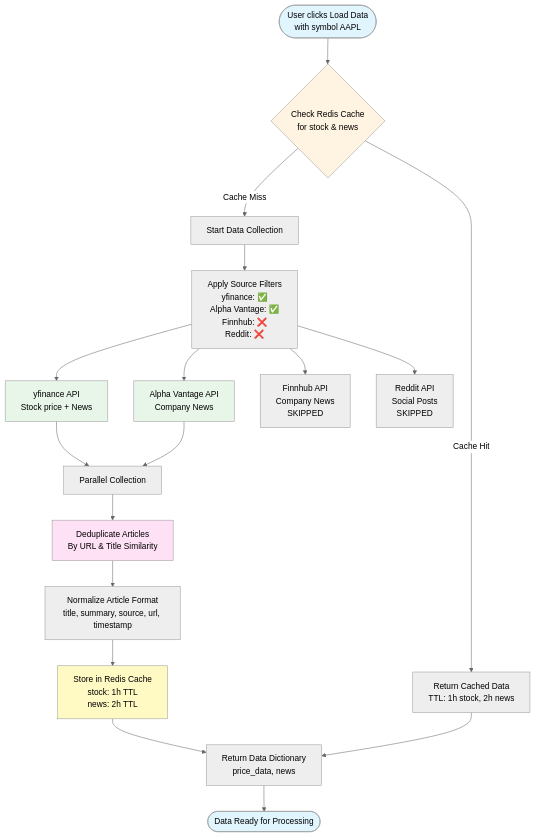
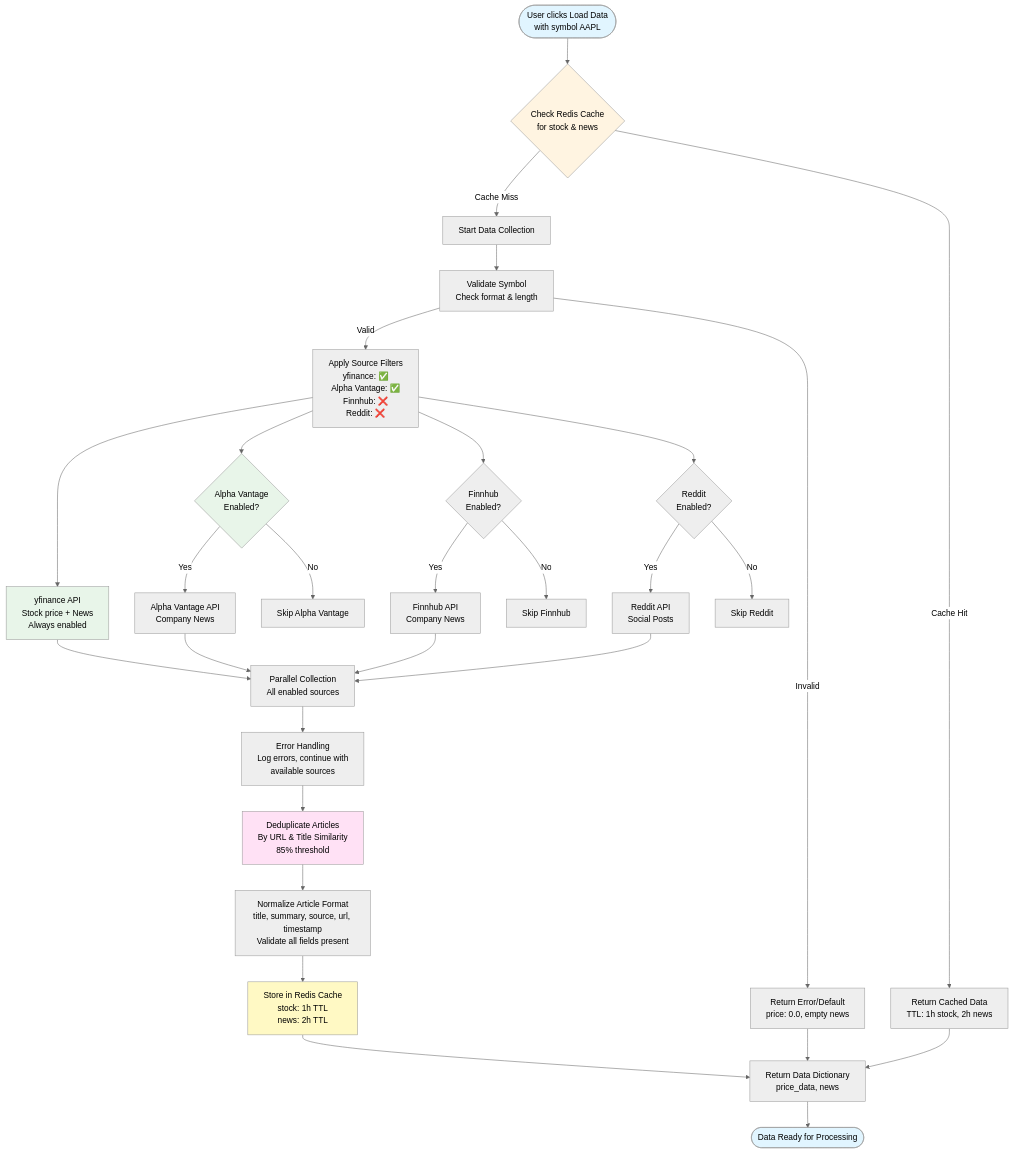
One commit to anandDev77/stock-sentiment-analysis changed the eighth of 29 diagrams in docs/diagrams/mermaid_diagrams_source.md. Above: the diagram before and after it, drawn with Mermaid (neutral theme). The commit also changed other lines of this file and 49 other files, not shown here.

Commit message:
diagrams updated

````diff
--- a/docs/diagrams/mermaid_diagrams_source.md
+++ b/docs/diagrams/mermaid_diagrams_source.md
@@ -497,37 +581,52 @@
 ```mermaid
 flowchart TD
     START([User clicks Load Data<br/>with symbol AAPL]) --> CHECK_CACHE{Check Redis Cache<br/>for stock & news}
     
     CHECK_CACHE -->|Cache Hit| RETURN_CACHED[Return Cached Data<br/>TTL: 1h stock, 2h news]
     CHECK_CACHE -->|Cache Miss| COLLECT[Start Data Collection]
     
-    COLLECT --> FILTER[Apply Source Filters<br/>yfinance: ✅<br/>Alpha Vantage: ✅<br/>Finnhub: ❌<br/>Reddit: ❌]
+    COLLECT --> VALIDATE[Validate Symbol<br/>Check format & length]
     
-    FILTER --> YFINANCE[yfinance API<br/>Stock price + News]
-    FILTER --> ALPHA_VANTAGE[Alpha Vantage API<br/>Company News]
-    FILTER --> FINNHUB[Finnhub API<br/>Company News<br/>SKIPPED]
-    FILTER --> REDDIT[Reddit API<br/>Social Posts<br/>SKIPPED]
+    VALIDATE -->|Invalid| ERROR_RETURN[Return Error/Default<br/>price: 0.0, empty news]
+    VALIDATE -->|Valid| FILTER[Apply Source Filters<br/>yfinance: ✅<br/>Alpha Vantage: ✅<br/>Finnhub: ❌<br/>Reddit: ❌]
     
-    YFINANCE --> PARALLEL[Parallel Collection]
-    ALPHA_VANTAGE --> PARALLEL
+    FILTER --> YFINANCE[yfinance API<br/>Stock price + News<br/>Always enabled]
+    FILTER --> ALPHA_VANTAGE{Alpha Vantage<br/>Enabled?}
+    FILTER --> FINNHUB{Finnhub<br/>Enabled?}
+    FILTER --> REDDIT{Reddit<br/>Enabled?}
     
-    PARALLEL --> DEDUPE[Deduplicate Articles<br/>By URL & Title Similarity]
+    ALPHA_VANTAGE -->|Yes| ALPHA_FETCH[Alpha Vantage API<br/>Company News]
+    ALPHA_VANTAGE -->|No| SKIP_ALPHA[Skip Alpha Vantage]
+    FINNHUB -->|Yes| FINN_FETCH[Finnhub API<br/>Company News]
+    FINNHUB -->|No| SKIP_FINN[Skip Finnhub]
+    REDDIT -->|Yes| REDDIT_FETCH[Reddit API<br/>Social Posts]
+    REDDIT -->|No| SKIP_REDDIT[Skip Reddit]
     
-    DEDUPE --> NORMALIZE[Normalize Article Format<br/>title, summary, source, url, timestamp]
+    YFINANCE --> PARALLEL[Parallel Collection<br/>All enabled sources]
+    ALPHA_FETCH --> PARALLEL
+    FINN_FETCH --> PARALLEL
+    REDDIT_FETCH --> PARALLEL
+    
+    PARALLEL --> ERROR_HANDLE[Error Handling<br/>Log errors, continue with<br/>available sources]
+    
+    ERROR_HANDLE --> DEDUPE[Deduplicate Articles<br/>By URL & Title Similarity<br/>85% threshold]
+    
+    DEDUPE --> NORMALIZE[Normalize Article Format<br/>title, summary, source, url, timestamp<br/>Validate all fields present]
     
     NORMALIZE --> STORE_CACHE[Store in Redis Cache<br/>stock: 1h TTL<br/>news: 2h TTL]
     
     STORE_CACHE --> RETURN[Return Data Dictionary<br/>price_data, news]
+    ERROR_RETURN --> RETURN
     
     RETURN_CACHED --> RETURN
     
     RETURN --> END([Data Ready for Processing])
     
     style START fill:#e1f5ff
     style CHECK_CACHE fill:#fff4e1
     style YFINANCE fill:#e8f5e9
     style ALPHA_VANTAGE fill:#e8f5e9
     style DEDUPE fill:#ffe1f5
     style STORE_CACHE fill:#fff9c4
     style END fill:#e1f5ff
 ```
````
